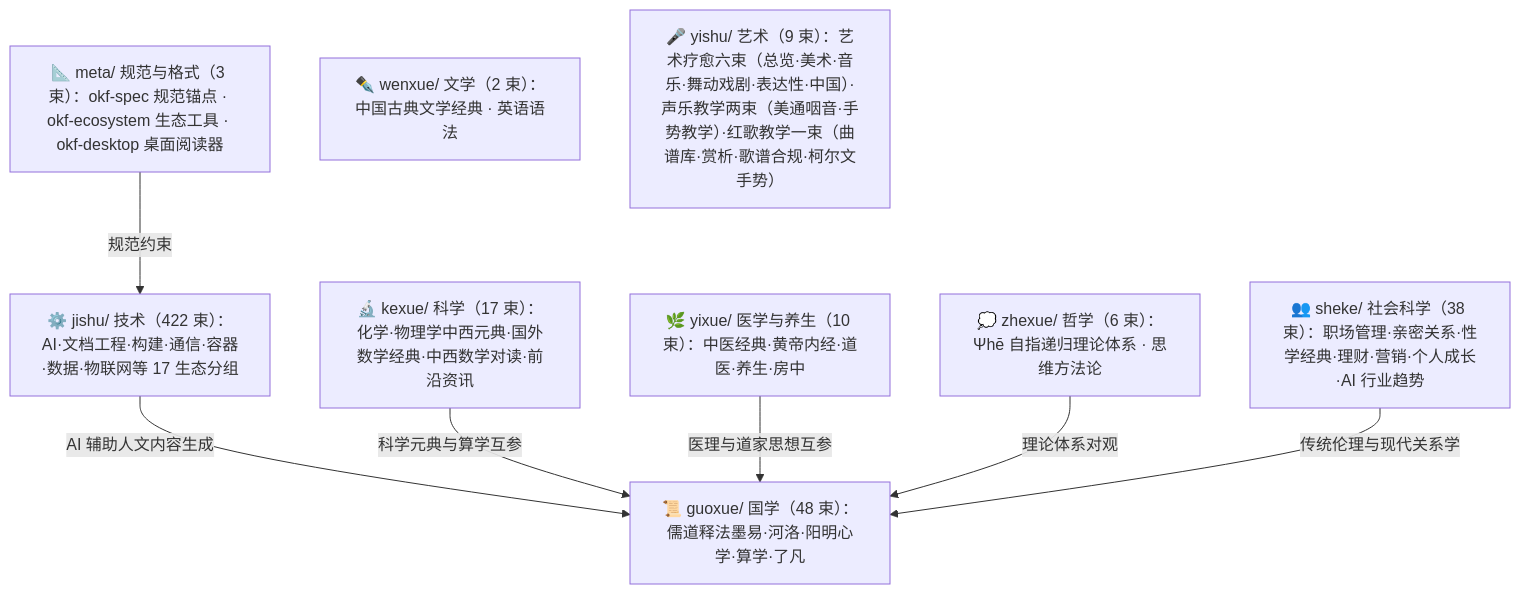
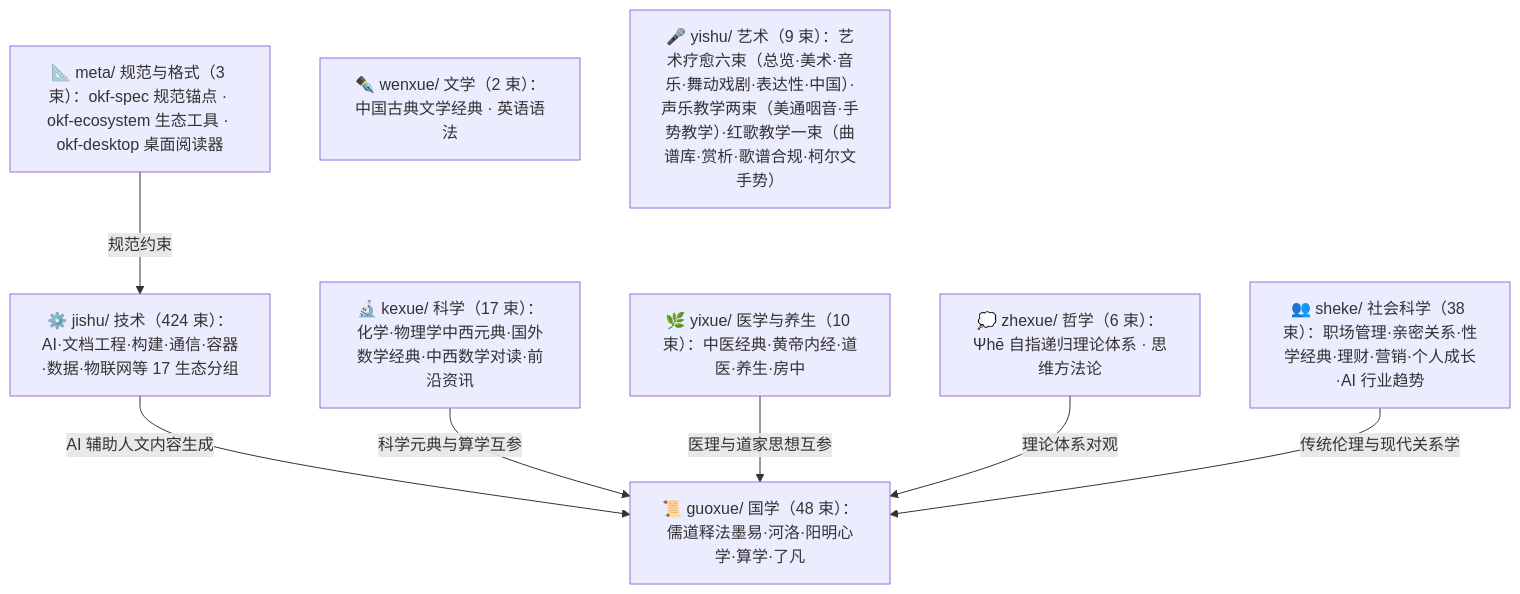
One commit to awesome-flexloop/awesome-okf changed the diagram in doc/bundles/index.md. Above: the diagram before and after it, drawn with Mermaid. The commit also changed other lines of this file and 10 other files, not shown here.

````diff
--- a/doc/bundles/index.md
+++ b/doc/bundles/index.md
@@ -21,18 +21,18 @@
 ```mermaid
 flowchart TD
     meta["📐 meta/ 规范与格式（3 束）：okf-spec 规范锚点 · okf-ecosystem 生态工具 · okf-desktop 桌面阅读器"]
     guoxue["📜 guoxue/ 国学（48 束）：儒道释法墨易·河洛·阳明心学·算学·了凡"]
     zhexue["💭 zhexue/ 哲学（6 束）：Ψhē 自指递归理论体系 · 思维方法论"]
     kexue["🔬 kexue/ 科学（17 束）：化学·物理学中西元典·国外数学经典·中西数学对读·前沿资讯"]
     wenxue["✒️ wenxue/ 文学（2 束）：中国古典文学经典 · 英语语法"]
     yixue["🌿 yixue/ 医学与养生（10 束）：中医经典·黄帝内经·道医·养生·房中"]
     sheke["👥 sheke/ 社会科学（38 束）：职场管理·亲密关系·性学经典·理财·营销·个人成长·AI 行业趋势"]
     yishu["🎤 yishu/ 艺术（9 束）：艺术疗愈六束（总览·美术·音乐·舞动戏剧·表达性·中国）·声乐教学两束（美通咽音·手势教学）·红歌教学一束（曲谱库·赏析·歌谱合规·柯尔文手势）"]
-    jishu["⚙️ jishu/ 技术（422 束）：AI·文档工程·构建·通信·容器·数据·物联网等 17 生态分组"]
+    jishu["⚙️ jishu/ 技术（424 束）：AI·文档工程·构建·通信·容器·数据·物联网等 17 生态分组"]
     meta -->|"规范约束"| jishu
     jishu -->|"AI 辅助人文内容生成"| guoxue
     kexue -->|"科学元典与算学互参"| guoxue
     yixue -->|"医理与道家思想互参"| guoxue
     zhexue -->|"理论体系对观"| guoxue
     sheke -->|"传统伦理与现代关系学"| guoxue
 ```
````
